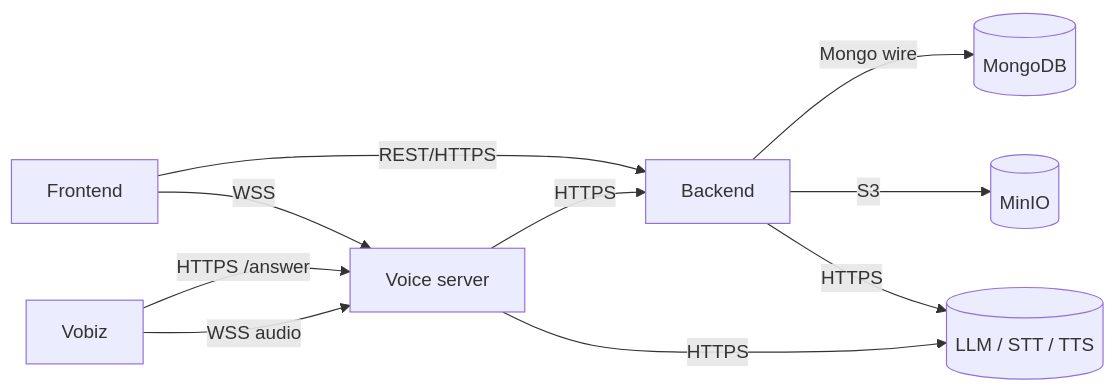
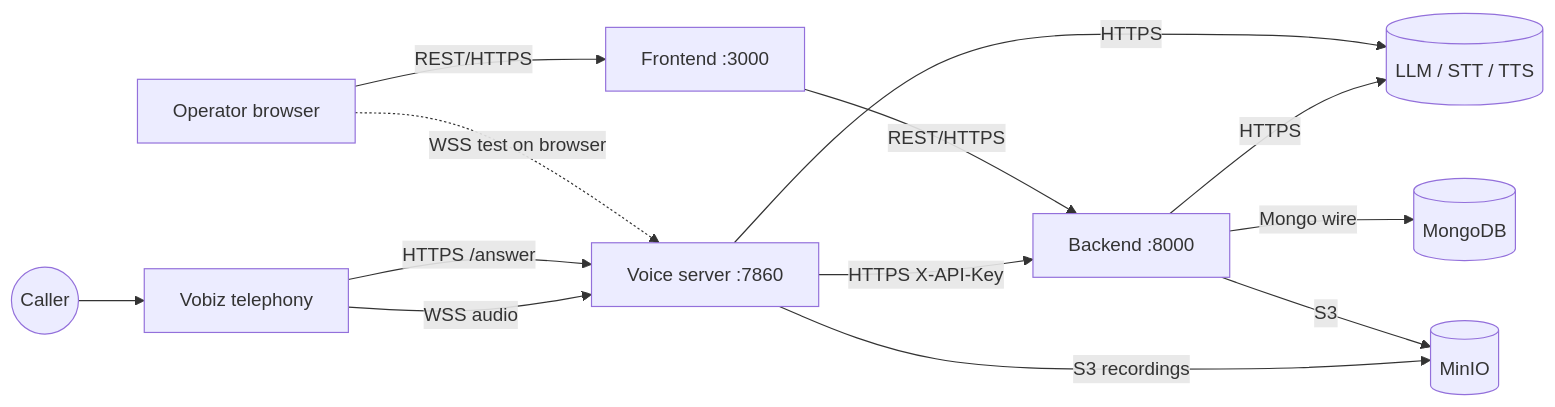
One commit to geojoseph19/voicera changed the third of 3 diagrams in docs/concepts/architecture.md. Above: the diagram before and after it, drawn with Mermaid. The commit also changed other lines of this file, not shown here.

````diff
--- a/docs/concepts/architecture.md
+++ b/docs/concepts/architecture.md
@@ -50,12 +89,15 @@
 ```mermaid
 flowchart LR
-  FE[Frontend] -- REST/HTTPS --> BE[Backend]
+  Caller((Caller)) --> Vobiz[Vobiz telephony]
+  Op[Operator browser] -- REST/HTTPS --> FE[Frontend :3000]
+  FE -- REST/HTTPS --> BE[Backend :8000]
+  Op -. WSS test on browser .-> VS[Voice server :7860]
+  Vobiz -- HTTPS /answer --> VS
+  Vobiz -- WSS audio --> VS
+  VS -- HTTPS X-API-Key --> BE
+  VS -- HTTPS --> AI[(LLM / STT / TTS)]
+  BE -- HTTPS --> AI
   BE -- Mongo wire --> Mongo[(MongoDB)]
   BE -- S3 --> Minio[(MinIO)]
-  FE -- WSS --> VS[Voice server]
-  Vobiz -- HTTPS /answer --> VS
-  Vobiz -- WSS audio --> VS
-  VS -- HTTPS --> BE
-  VS -- HTTPS --> AI[(LLM / STT / TTS)]
-  BE -- HTTPS --> AI
+  VS -- S3 recordings --> Minio
 ```
````
